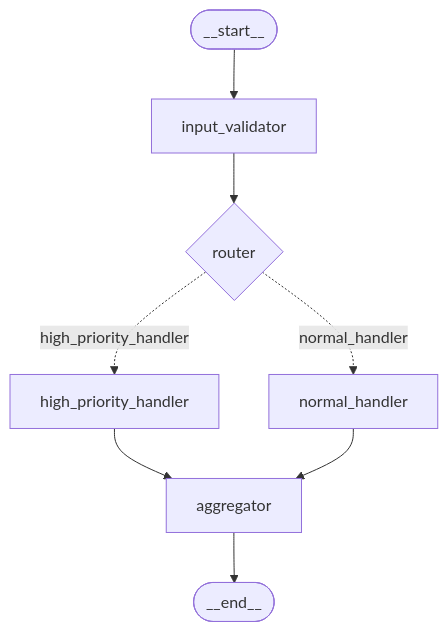
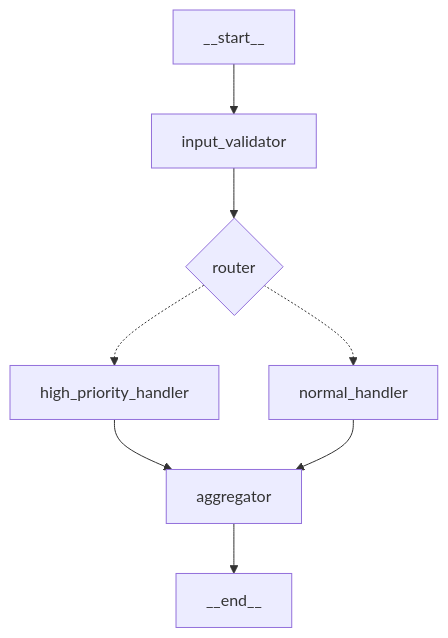
The diagram in examples/graph_introspection/graph.mmd (hupe1980/agentmesh), drawn with Mermaid before and after one commit. The commit also changed 136 other files, not shown here.

First line of the commit message:
Implement state management architecture with refactored interfaces and in-memory storage

```diff
--- a/examples/graph_introspection/graph.mmd
+++ b/examples/graph_introspection/graph.mmd
@@ -1,15 +1,13 @@
-flowchart TD
-    __end__([__end__])
-    __start__([__start__])
+graph TD
     aggregator[aggregator]
     high_priority_handler[high_priority_handler]
     input_validator[input_validator]
     normal_handler[normal_handler]
     router{router}
     __start__ --> input_validator
     input_validator --> router
     high_priority_handler --> aggregator
     normal_handler --> aggregator
     aggregator --> __end__
-    router -.->|high_priority_handler| high_priority_handler
-    router -.->|normal_handler| normal_handler
+    router -.-> high_priority_handler
+    router -.-> normal_handler
```
